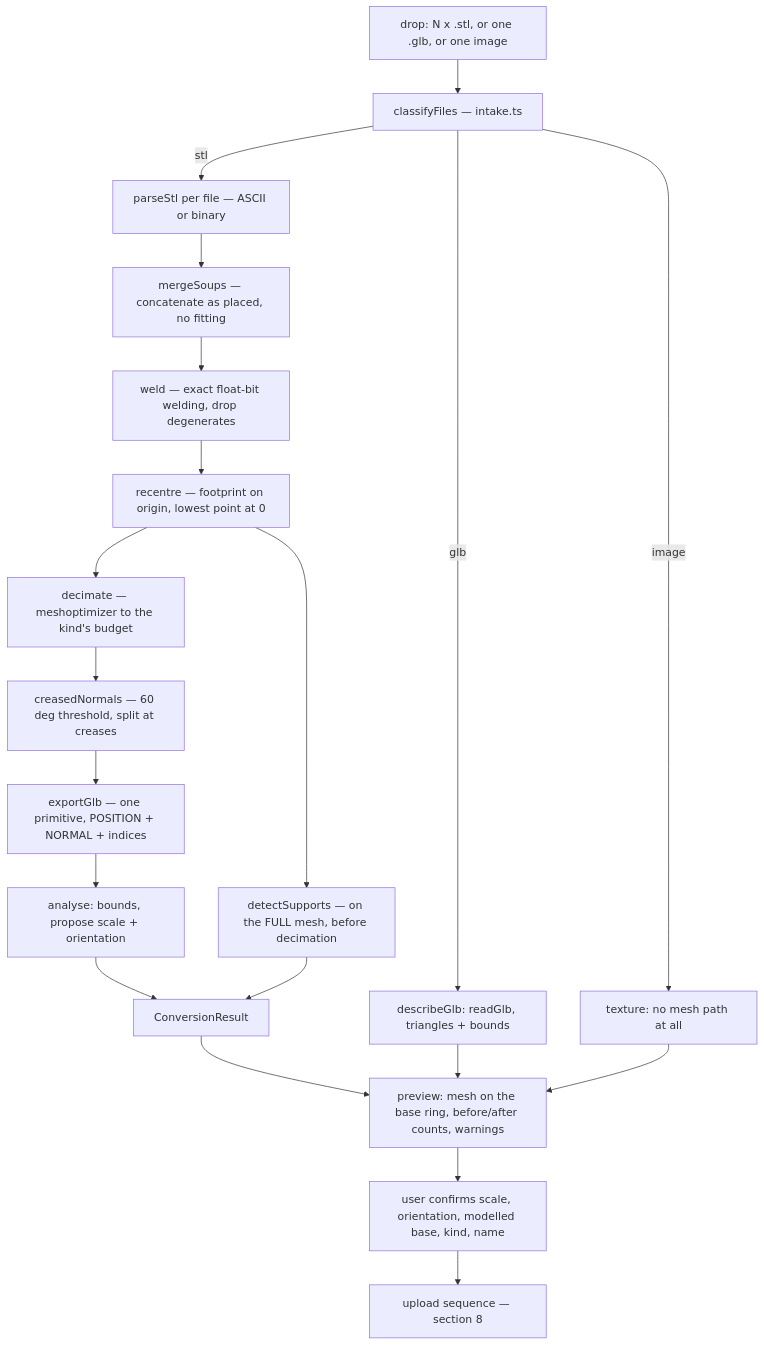
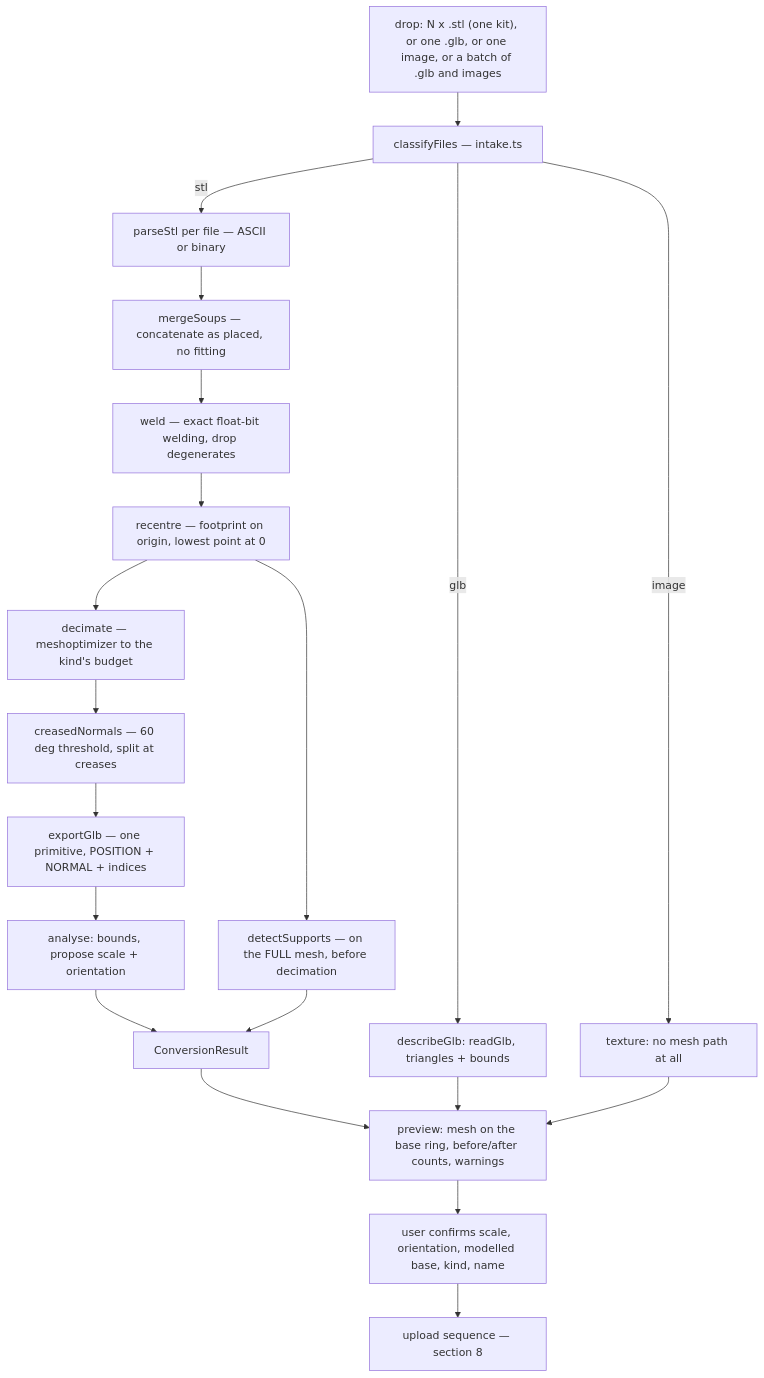
The fifth of 13 diagrams in docs/design/web-app/design.md (cstupi/tabletop), drawn with Mermaid before and after one commit. The commit also changed 4 other files, not shown here.

First line of the commit message:
Web upload: several GLBs and images at once, file picker opens on GLB

````diff
--- a/docs/design/web-app/design.md
+++ b/docs/design/web-app/design.md
@@ -334,23 +334,23 @@
 ```mermaid
 flowchart TD
-    Drop["drop: N x .stl, or one .glb, or one image"] --> Class["classifyFiles — intake.ts"]
+    Drop["drop: N x .stl (one kit), or one .glb, or one image, or a batch of .glb and images"] --> Class["classifyFiles — intake.ts"]
     Class -->|"glb"| Describe["describeGlb: readGlb, triangles + bounds"]
     Class -->|"image"| Tex["texture: no mesh path at all"]
     Class -->|"stl"| Parse["parseStl per file — ASCII or binary"]
     Parse --> Merge["mergeSoups — concatenate as placed, no fitting"]
     Merge --> Weld["weld — exact float-bit welding, drop degenerates"]
     Weld --> Centre["recentre — footprint on origin, lowest point at 0"]
     Centre --> Sup["detectSupports — on the FULL mesh, before decimation"]
     Centre --> Dec["decimate — meshoptimizer to the kind's budget"]
     Dec --> Norm["creasedNormals — 60 deg threshold, split at creases"]
     Norm --> Glb["exportGlb — one primitive, POSITION + NORMAL + indices"]
     Glb --> An["analyse: bounds, propose scale + orientation"]
     An --> Res["ConversionResult"]
     Sup --> Res
     Prev["preview: mesh on the base ring, before/after counts, warnings"]
     Res --> Prev
     Describe --> Prev
     Tex --> Prev
     Prev --> Conf["user confirms scale, orientation, modelled base, kind, name"]
     Conf --> Up["upload sequence — section 8"]
 ```
````
